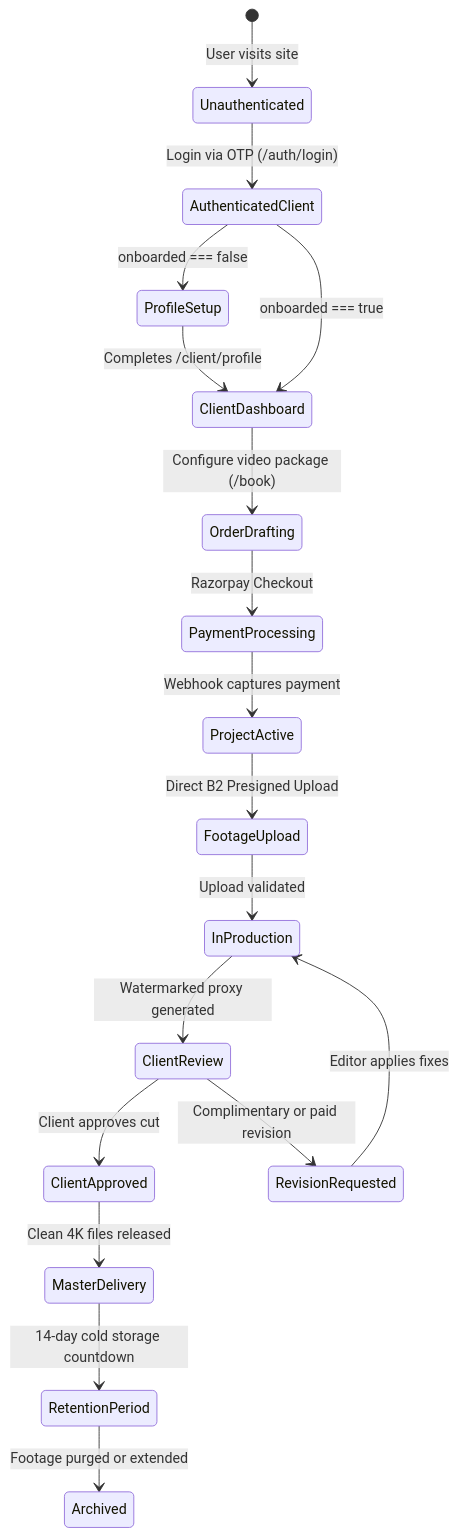
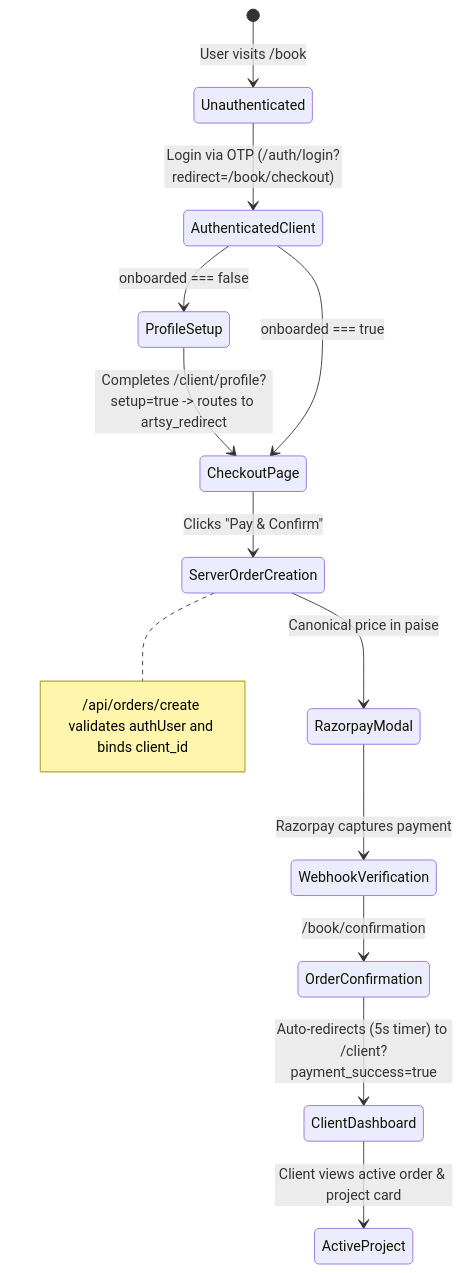
The second of 4 diagrams in AGENTS.md (artsyproduction8-cpu/artsy-production), drawn with Mermaid before and after one commit. The commit also changed other lines of this file, not shown here.

Commit message:
docs: canonical AGENTS.md v4.0 approved by owner

````diff
--- a/AGENTS.md
+++ b/AGENTS.md
@@ -213,26 +137,21 @@
 ```mermaid
 stateDiagram-v2
-    [*] --> Unauthenticated: User visits site
-    Unauthenticated --> AuthenticatedClient: Login via OTP (/auth/login)
+    [*] --> Unauthenticated: User visits /book
+    Unauthenticated --> AuthenticatedClient: Login via OTP (/auth/login?redirect=/book/checkout)
     
     AuthenticatedClient --> ProfileSetup: onboarded === false
-    ProfileSetup --> ClientDashboard: Completes /client/profile
+    ProfileSetup --> CheckoutPage: Completes /client/profile?setup=true -> routes to artsy_redirect
     
-    AuthenticatedClient --> ClientDashboard: onboarded === true
+    AuthenticatedClient --> CheckoutPage: onboarded === true
     
-    ClientDashboard --> OrderDrafting: Configure video package (/book)
-    OrderDrafting --> PaymentProcessing: Razorpay Checkout
-    PaymentProcessing --> ProjectActive: Webhook captures payment
+    CheckoutPage --> ServerOrderCreation: Clicks "Pay & Confirm"
+    Note right of ServerOrderCreation: /api/orders/create validates authUser and binds client_id
     
-    ProjectActive --> FootageUpload: Direct B2 Presigned Upload
-    FootageUpload --> InProduction: Upload validated
-    InProduction --> ClientReview: Watermarked proxy generated
+    ServerOrderCreation --> RazorpayModal: Canonical price in paise
+    RazorpayModal --> WebhookVerification: Razorpay captures payment
     
-    ClientReview --> ClientApproved: Client approves cut
-    ClientReview --> RevisionRequested: Complimentary or paid revision
-    RevisionRequested --> InProduction: Editor applies fixes
+    WebhookVerification --> OrderConfirmation: /book/confirmation
+    OrderConfirmation --> ClientDashboard: Auto-redirects (5s timer) to /client?payment_success=true
     
-    ClientApproved --> MasterDelivery: Clean 4K files released
-    MasterDelivery --> RetentionPeriod: 14-day cold storage countdown
-    RetentionPeriod --> Archived: Footage purged or extended
+    ClientDashboard --> ActiveProject: Client views active order & project card
 ```
````
